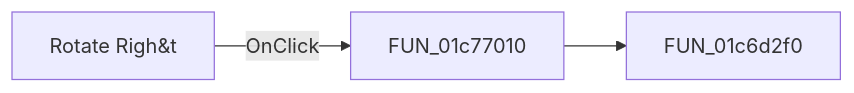
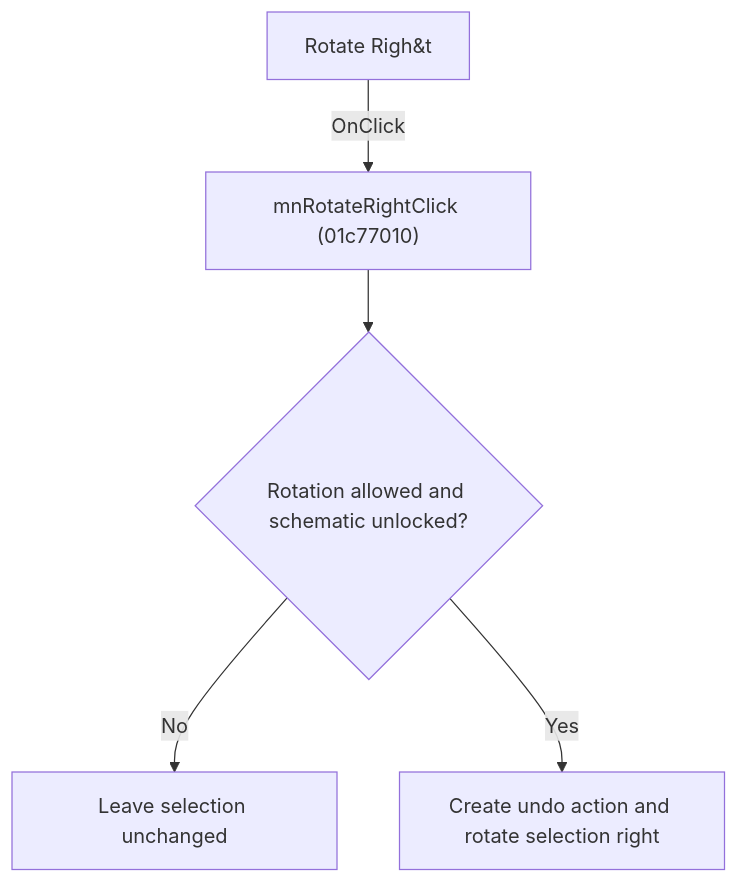
One commit to MovGP0/TIARA changed the diagram in docs/ui-controls/schematiceditor/mnrotateright-9c05442145.md. Above: the diagram before and after it, drawn with Mermaid. The commit also changed other lines of this file and 1062 other files, not shown here.

````diff
--- a/docs/ui-controls/schematiceditor/mnrotateright-9c05442145.md
+++ b/docs/ui-controls/schematiceditor/mnrotateright-9c05442145.md
@@ -27,5 +27,7 @@
 ```mermaid
-flowchart LR
-    control["Rotate Righ&t"] -->|OnClick| handler["FUN_01c77010"]
-    handler --> call1["FUN_01c6d2f0"]
+flowchart TD
+    control["Rotate Righ&t"] -->|"OnClick"| handler["mnRotateRightClick (01c77010)"]
+    handler --> guard{"Rotation allowed and schematic unlocked?"}
+    guard -->|"No"| noChange["Leave selection unchanged"]
+    guard -->|"Yes"| action["Create undo action and rotate selection right"]
 ```
````
